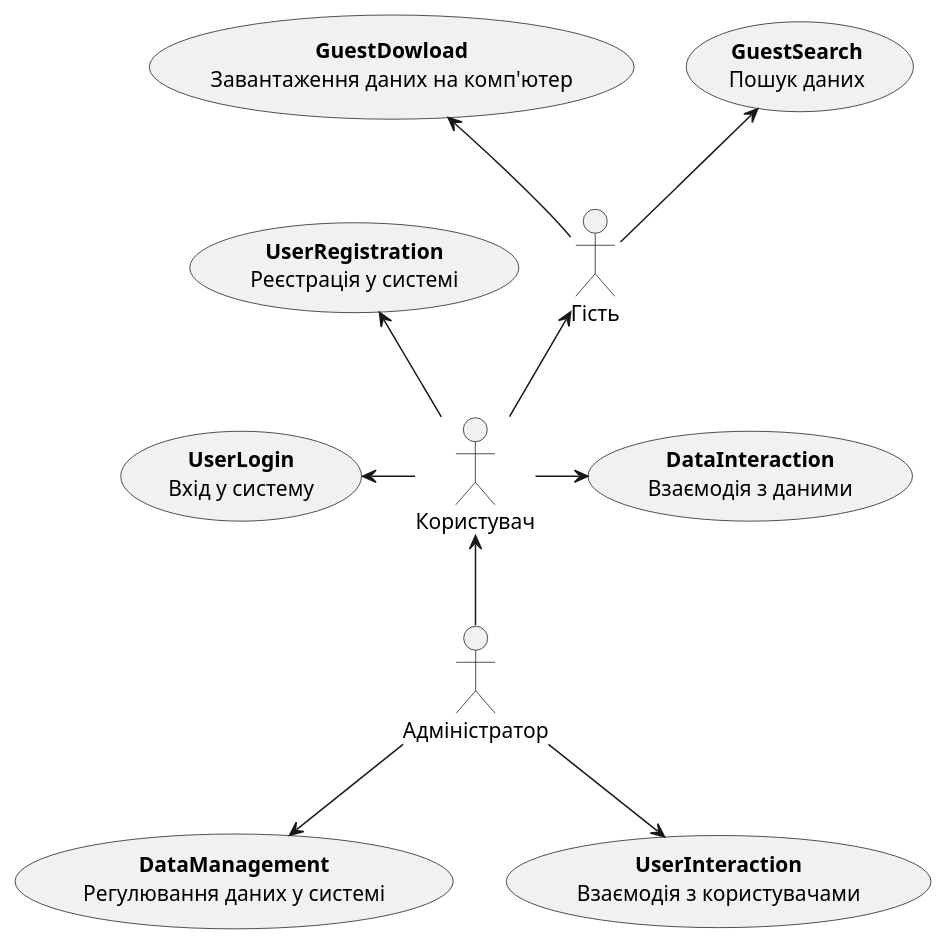
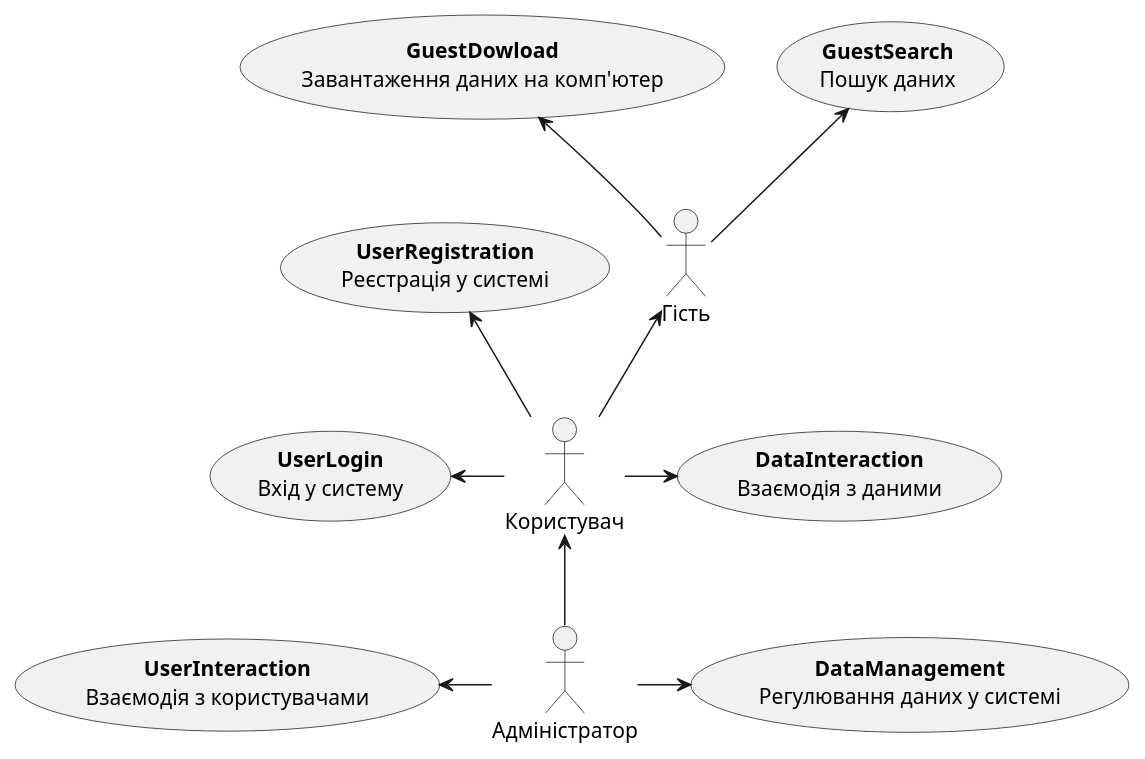
The first of 18 diagrams in docs/use cases/README.md (notnuff/edu_db_labs-IM-21), drawn with PlantUML before and after one commit.

Commit message:
change positions in general scheme

```diff
--- a/docs/use cases/README.md
+++ b/docs/use cases/README.md
@@ -5,28 +5,28 @@
 @startuml
 
     actor "Гість" as Guest
     actor "Користувач" as User
     actor "Адміністратор" as Administrator
 
     usecase "<b>GuestSearch</b>\nПошук даних" as GuestSearch
     usecase "<b>GuestDowload</b>\nЗавантаження даних на комп'ютер" as GuestDowload
     usecase "<b>UserRegistration</b>\nРеєстрація у системі" as UserRegistration
     usecase "<b>UserLogin</b>\nВхід у систему" as UserLogin
     usecase "<b>DataInteraction</b>\nВзаємодія з даними" as DataInteraction
     usecase "<b>DataManagement</b>\nРегулювання даних у системі" as DataManagement
     usecase "<b>UserInteraction</b>\nВзаємодія з користувачами" as UserInteraction
 
     User -u-> Guest
     Administrator -u-> User
 
     Guest -u-> GuestSearch
     Guest -u-> GuestDowload
 
     User -u->  UserRegistration
     User -l->  UserLogin
     User -r->  DataInteraction
 
-    Administrator -d-> DataManagement
-    Administrator -d-> UserInteraction
+    Administrator -r-> DataManagement
+    Administrator -l-> UserInteraction
 
 @enduml
```
